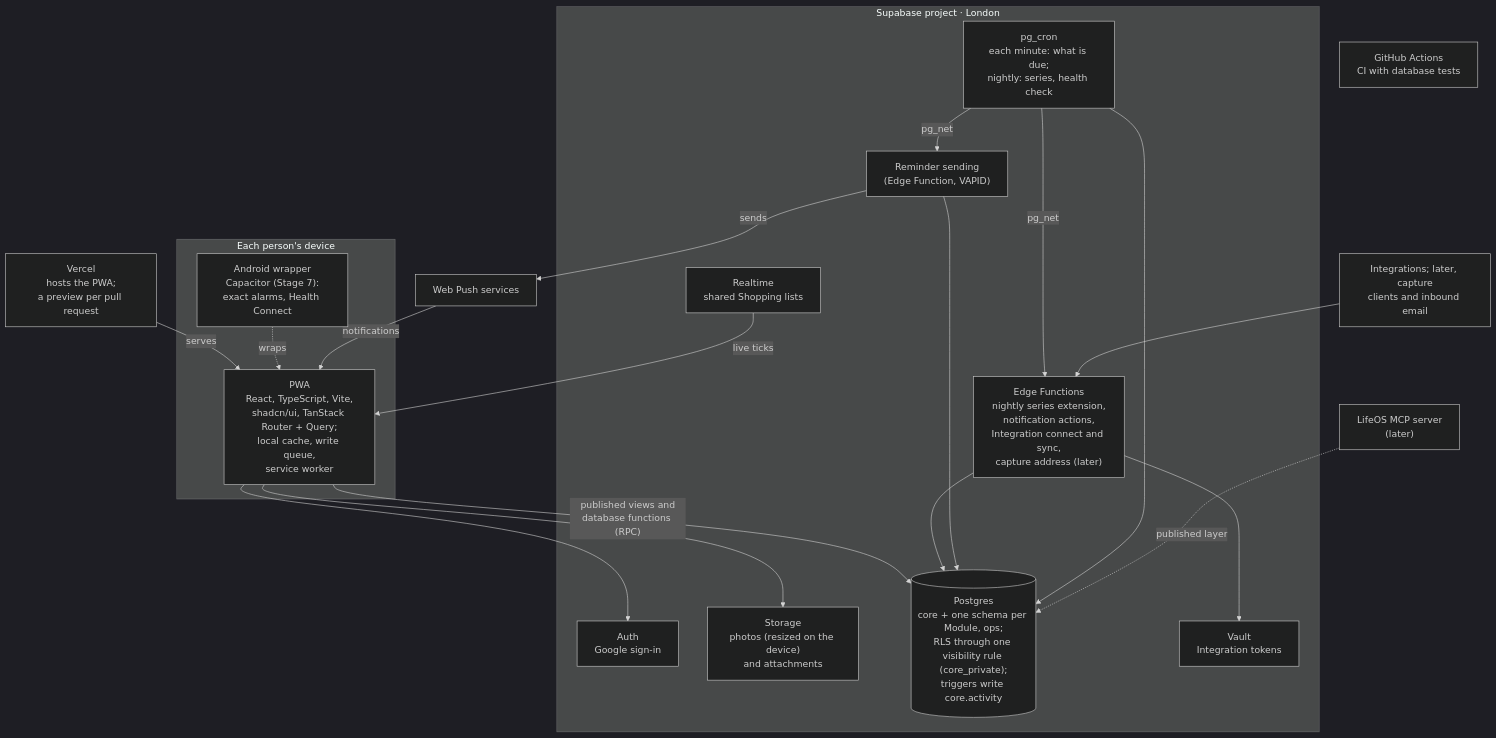
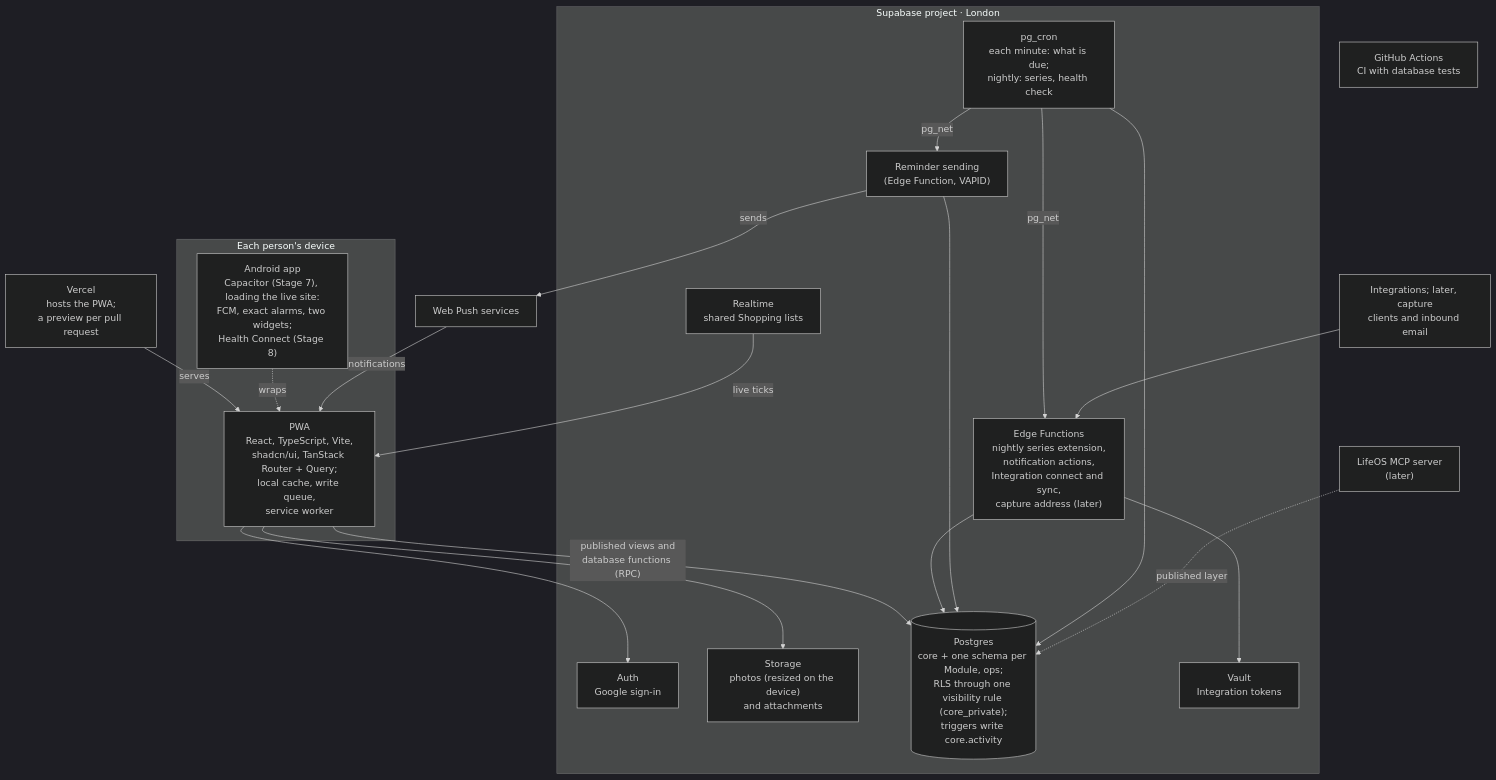
The second of 2 diagrams in docs/20-architecture/overview.md (joestables/lifeos), drawn with Mermaid (dark theme) before and after one commit. The commit also changed other lines of this file and 14 other files, not shown here.

First line of the commit message:
Stage 7: Joe's answers, and the Android app spec drafted

````diff
--- a/docs/20-architecture/overview.md
+++ b/docs/20-architecture/overview.md
@@ -42,42 +42,42 @@
 ```mermaid
 flowchart TB
   vercel["Vercel<br/>hosts the PWA;<br/>a preview per pull request"]
   pushsvc["Web Push services"]
 
   subgraph device["Each person's device"]
     pwa["PWA<br/>React, TypeScript, Vite,<br/>shadcn/ui, TanStack Router + Query;<br/>local cache, write queue,<br/>service worker"]
-    android["Android wrapper<br/>Capacitor (Stage 7):<br/>exact alarms, Health Connect"]
+    android["Android app<br/>Capacitor (Stage 7), loading the live site:<br/>FCM, exact alarms, two widgets;<br/>Health Connect (Stage 8)"]
   end
 
   subgraph supabase["Supabase project · London"]
     auth["Auth<br/>Google sign-in"]
     storage["Storage<br/>photos (resized on the device)<br/>and attachments"]
     realtime["Realtime<br/>shared Shopping lists"]
     db[("Postgres<br/>core + one schema per Module, ops;<br/>RLS through one visibility rule (core_private);<br/>triggers write core.activity")]
     edge["Edge Functions<br/>nightly series extension,<br/>notification actions,<br/>Integration connect and sync,<br/>capture address (later)"]
     reminders["Reminder sending<br/>(Edge Function, VAPID)"]
     cron["pg_cron<br/>each minute: what is due;<br/>nightly: series, health check"]
     vault["Vault<br/>Integration tokens"]
   end
 
   outside["Integrations; later, capture<br/>clients and inbound email"]
   mcp["LifeOS MCP server<br/>(later)"]
   gha["GitHub Actions<br/>CI with database tests"]
 
   vercel -- "serves" --> pwa
   android -. "wraps" .-> pwa
   pushsvc -- "notifications" --> pwa
   pwa --> auth
   pwa --> storage
   realtime -- "live ticks" --> pwa
   pwa -- "published views and<br/>database functions (RPC)" --> db
   edge --> db
   edge --> vault
   reminders --> db
   reminders -- "sends" --> pushsvc
   cron --> db
   cron -- "pg_net" --> reminders
   cron -- "pg_net" --> edge
   outside --> edge
   mcp -. "published layer" .-> db
 ```
````
